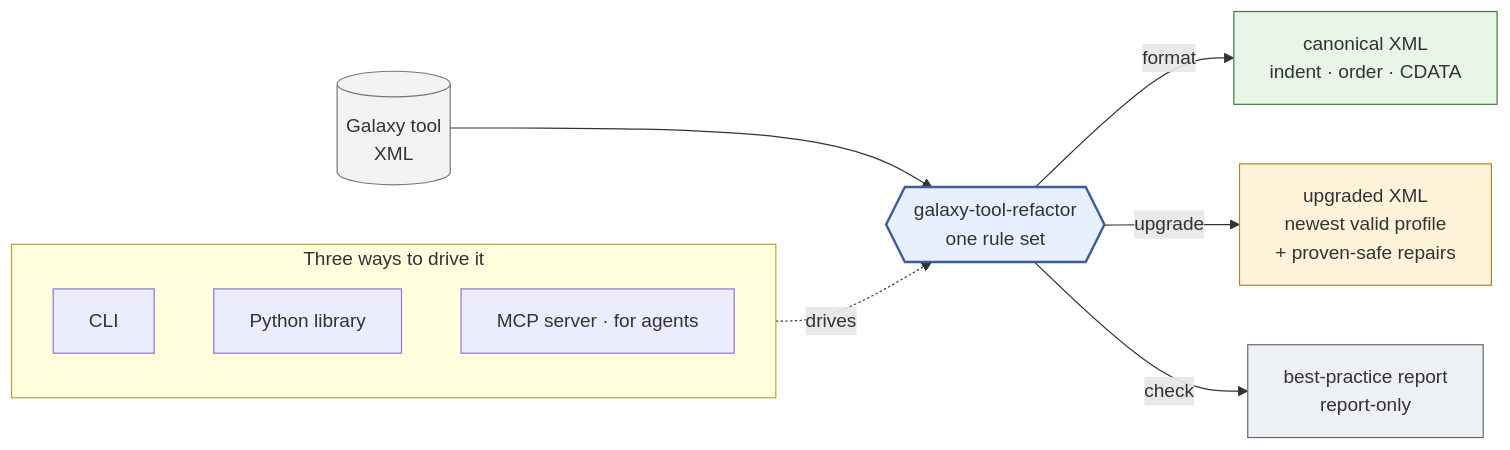
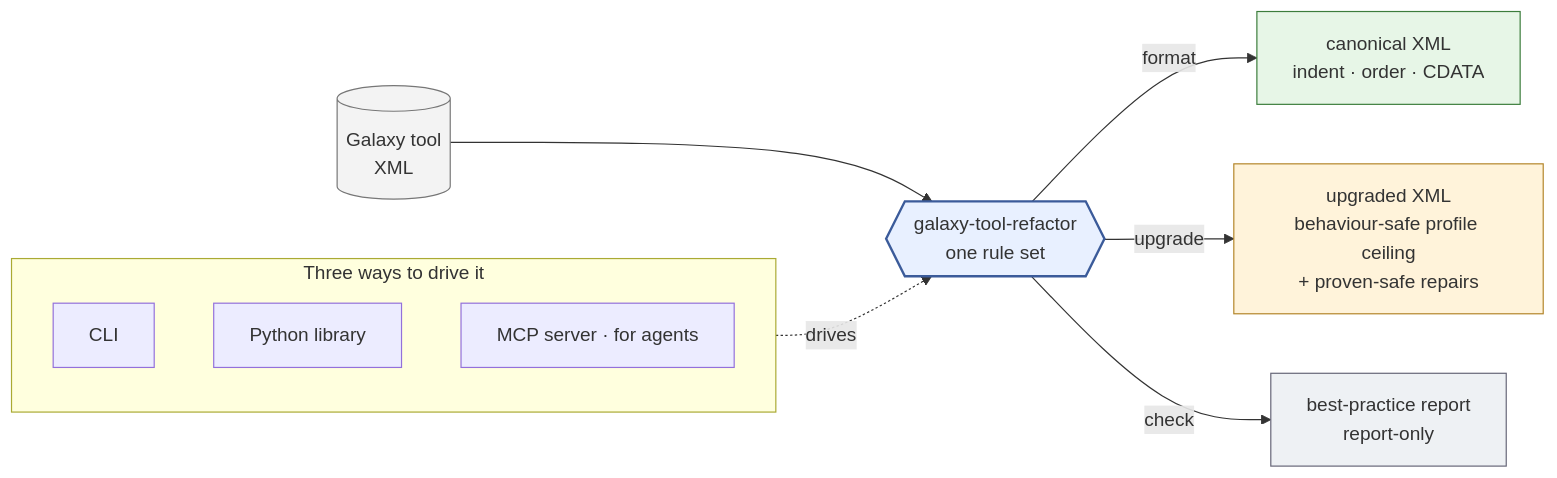
One commit to richard-burhans/galaxy-tool-refactor changed the diagram in docs/guide/index.md. Above: the diagram before and after it, drawn with Mermaid. The commit also changed other lines of this file and 68 other files, not shown here.

````diff
--- a/docs/guide/index.md
+++ b/docs/guide/index.md
@@ -7,30 +7,30 @@
 ```mermaid
 flowchart LR
     subgraph S["Three ways to drive it"]
         direction TB
         CLI["CLI"]
         LIB["Python library"]
         MCP["MCP server · for agents"]
     end
 
     XML[("Galaxy tool<br/>XML")]
     ENGINE{{"galaxy-tool-refactor<br/>one rule set"}}
 
     S -. drives .-> ENGINE
     XML --> ENGINE
 
     ENGINE -->|format| FMT["canonical XML<br/>indent · order · CDATA"]
-    ENGINE -->|upgrade| UPG["upgraded XML<br/>newest valid profile<br/>+ proven-safe repairs"]
+    ENGINE -->|upgrade| UPG["upgraded XML<br/>behaviour-safe profile ceiling<br/>+ proven-safe repairs"]
     ENGINE -->|check| CHK["best-practice report<br/>report-only"]
 
     classDef engine fill:#e8f0ff,stroke:#3b5b9a,stroke-width:2px;
     classDef io fill:#f3f3f3,stroke:#777777;
     classDef safe fill:#e7f6e7,stroke:#3c7d3c;
     classDef bounded fill:#fff3da,stroke:#b3852a;
     classDef report fill:#eef1f4,stroke:#666677;
     class ENGINE engine;
     class XML io;
     class FMT safe;
     class UPG bounded;
     class CHK report;
 ```
````
